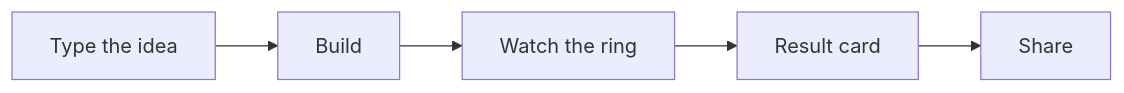
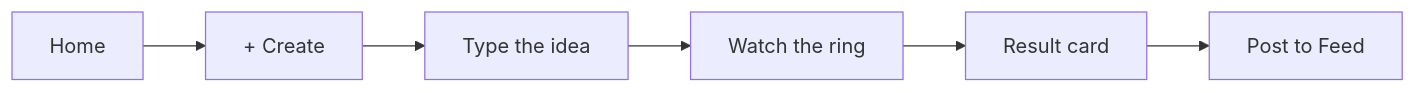
Before and after one commit to Pukujan/swarm-studio: diagram 16 of 22 in docs/ux/SITEMAP.md, drawn with Mermaid. The commit also changed other lines of this file and 4 other files, not shown here.

````diff
--- a/docs/ux/SITEMAP.md
+++ b/docs/ux/SITEMAP.md
@@ -386,4 +407,4 @@
 ```mermaid
 flowchart LR
-  a1[Type the idea] --> a2[Build] --> a3[Watch the ring] --> a4[Result card] --> a5[Share]
+  a0[Home] --> a1["+ Create"] --> a2[Type the idea] --> a3[Watch the ring] --> a4[Result card] --> a5[Post to Feed]
 ```
````
